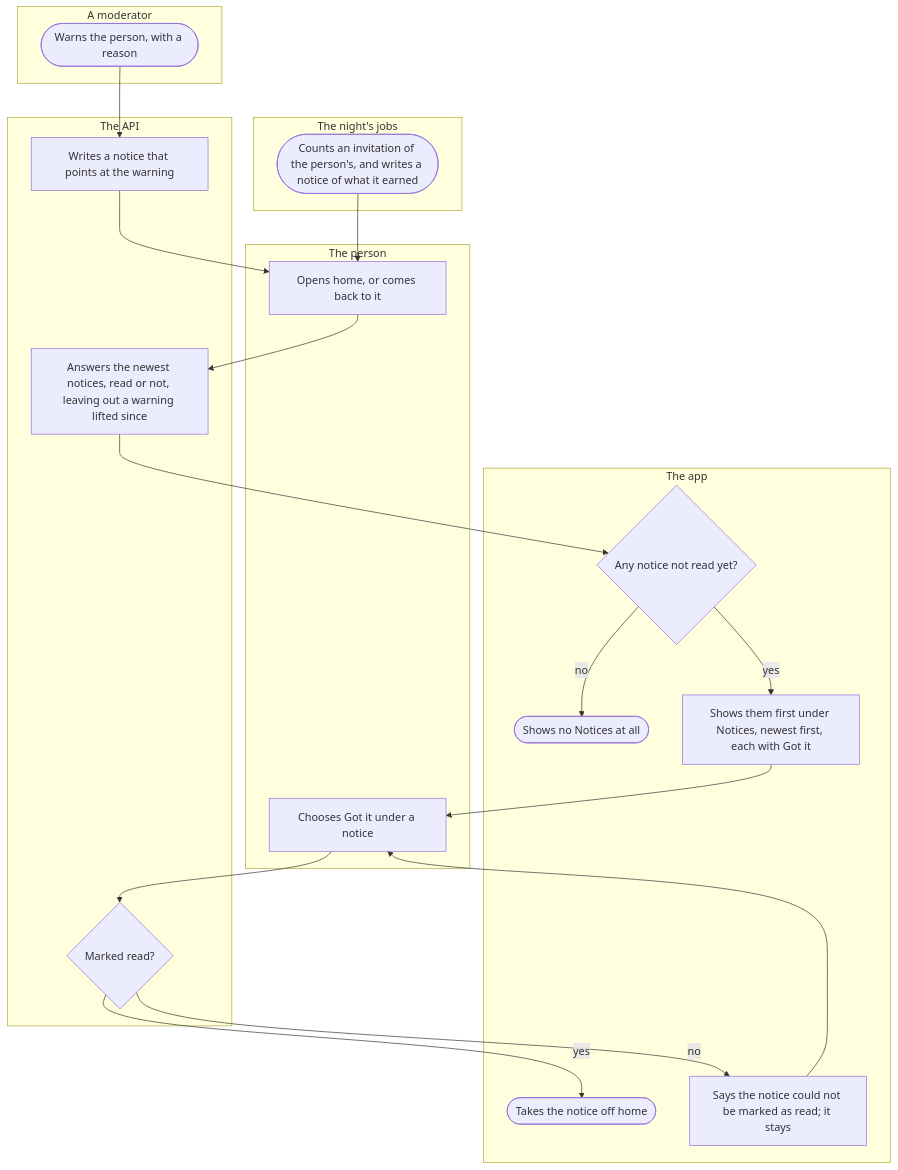
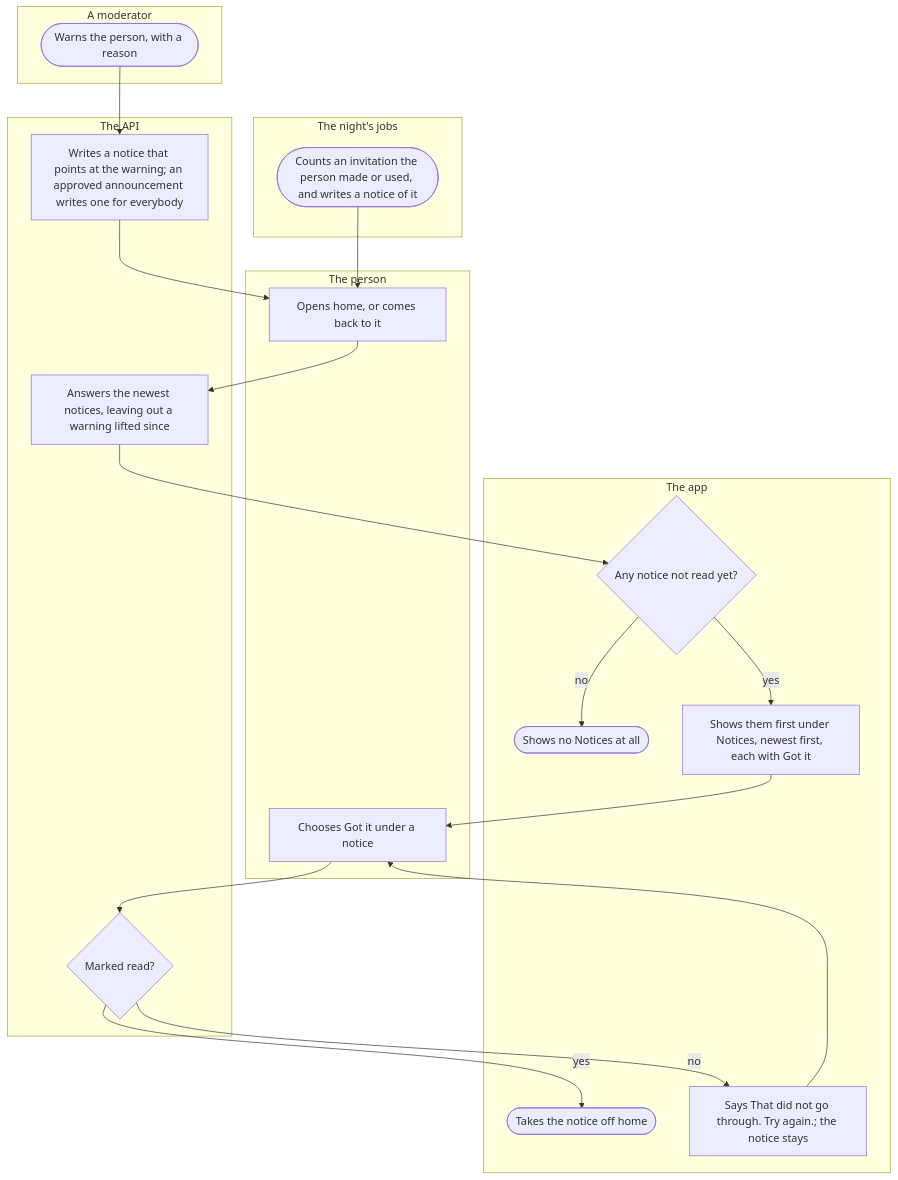
One commit to kuutti-ry/kuutti-app changed the fourth of 4 diagrams in docs/flows/notifications.md. Above: the diagram before and after it, drawn with Mermaid. The commit also changed other lines of this file and 41 other files, not shown here.

First line of the commit message:
Redraw the user flows against today's main, held by check:docs

````diff
--- a/docs/flows/notifications.md
+++ b/docs/flows/notifications.md
@@ -50,34 +174,39 @@
 ```mermaid
 flowchart TB
-  accTitle: Notifications and notices, part 2: the notices on home
-  accDescr: A moderator's warning and an invitation that counted at night each leave a notice. The home screen shows the unread ones first, under Notices, each with Got it, which marks it read and takes it off the screen.
+  accTitle: Notifications and notices, part 4: the notices on home
+  accDescr: A moderator's warning, an invitation that counted at night and an approved announcement each leave a notice. The home screen shows the unread ones first, under Notices, each with Got it, which marks it read and takes it off the screen.
   subgraph person["The person"]
-    s14["Opens home, or comes back to it"]
-    s19["Chooses Got it under a notice"]
+    s36["Opens home, or comes back to it"]
+    s41["Chooses Got it under a notice"]
   end
   subgraph app["The app"]
-    s16{"Any notice not read yet?"}
-    s17(["Shows no Notices at all"])
-    s18["Shows them first under Notices, newest first, each with Got it"]
-    s21(["Takes the notice off home"])
-    s22["Says the notice could not be marked as read; it stays"]
+    s38{"Any notice not read yet?"}
+    s39(["Shows no Notices at all"])
+    s40["Shows them first under Notices, newest first, each with Got it"]
+    s43(["Takes the notice off home"])
+    s44["Says That did not go through. Try again.; the notice stays"]
   end
   subgraph api["The API"]
-    s12["Writes a notice that points at the warning"]
-    s15["Answers the newest notices, read or not, leaving out a warning lifted since"]
-    s20{"Marked read?"}
+    s35["Writes a notice that points at the warning; an approved announcement writes one for everybody"]
+    s37["Answers the newest notices, leaving out a warning lifted since"]
+    s42{"Marked read?"}
   end
   subgraph moderator["A moderator"]
-    s11(["Warns the person, with a reason"])
+    s33(["Warns the person, with a reason"])
   end
   subgraph night["The night's jobs"]
-    s13(["Counts an invitation of the person's, and writes a notice of what it earned"])
+    s34(["Counts an invitation the person made or used, and writes a notice of it"])
   end
-  s11 --> s12 --> s14
-  s13 --> s14
-  s14 --> s15 --> s16
-  s16 -->|"no"| s17
-  s16 -->|"yes"| s18 --> s19 --> s20
-  s20 -->|"yes"| s21
-  s20 -->|"no"| s22 --> s19
+  s33 --> s35
+  s35 --> s36
+  s34 --> s36
+  s36 --> s37
+  s37 --> s38
+  s38 -->|"no"| s39
+  s38 -->|"yes"| s40
+  s40 --> s41
+  s41 --> s42
+  s42 -->|"yes"| s43
+  s42 -->|"no"| s44
+  s44 --> s41
 ```
````
